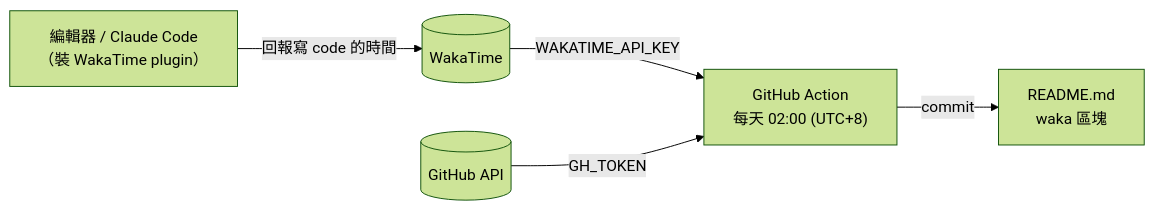
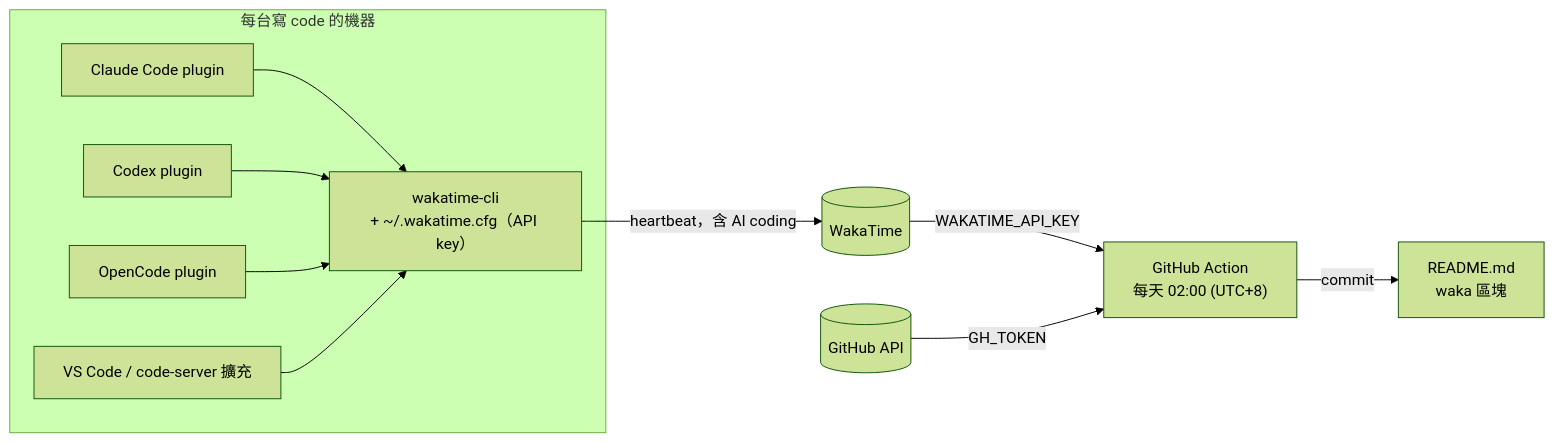
Before and after one commit to henry5720/henry5720: the diagram in docs/waka-stats.md, drawn with Mermaid (forest theme). The commit also changed other lines of this file, not shown here.

Commit message:
docs(waka): 說清楚每個工具要各裝 plugin
原本的圖會讓人以為裝一個 plugin 就好。

````diff
--- a/docs/waka-stats.md
+++ b/docs/waka-stats.md
@@ -7,7 +7,14 @@
 ```mermaid
 flowchart LR
-    E["編輯器 / Claude Code<br/>（裝 WakaTime plugin）"] -->|回報寫 code 的時間| W[(WakaTime)]
+    subgraph M["每台寫 code 的機器"]
+        P1[Claude Code plugin] --> CLI
+        P2[Codex plugin] --> CLI
+        P3[OpenCode plugin] --> CLI
+        P4[VS Code / code-server 擴充] --> CLI
+        CLI["wakatime-cli<br/>+ ~/.wakatime.cfg（API key）"]
+    end
+    CLI -->|heartbeat，含 AI coding| W[(WakaTime)]
     W -->|WAKATIME_API_KEY| A["GitHub Action<br/>每天 02:00 (UTC+8)"]
     G[(GitHub API)] -->|GH_TOKEN| A
     A -->|commit| R["README.md<br/>waka 區塊"]
 ```
````
